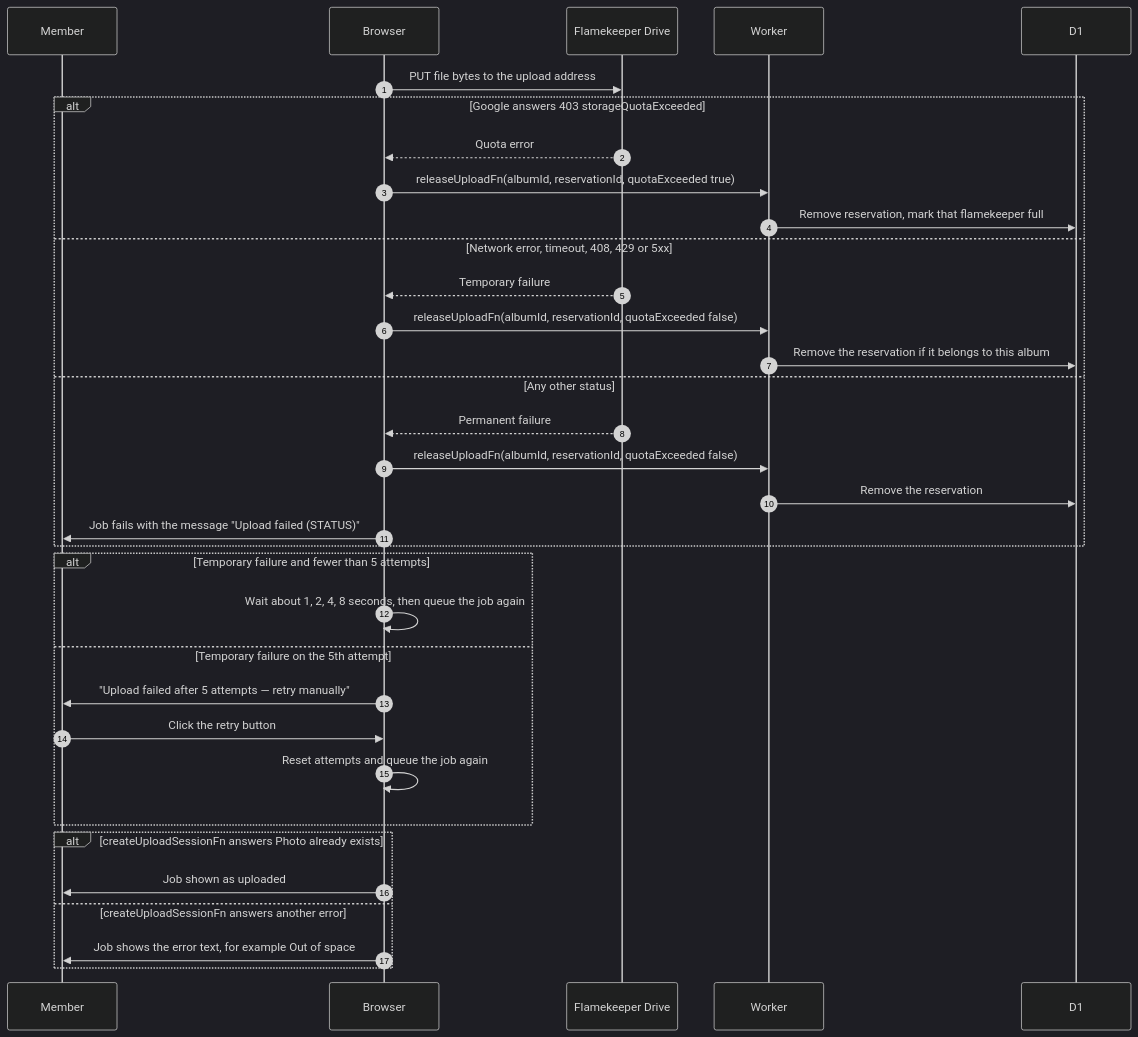
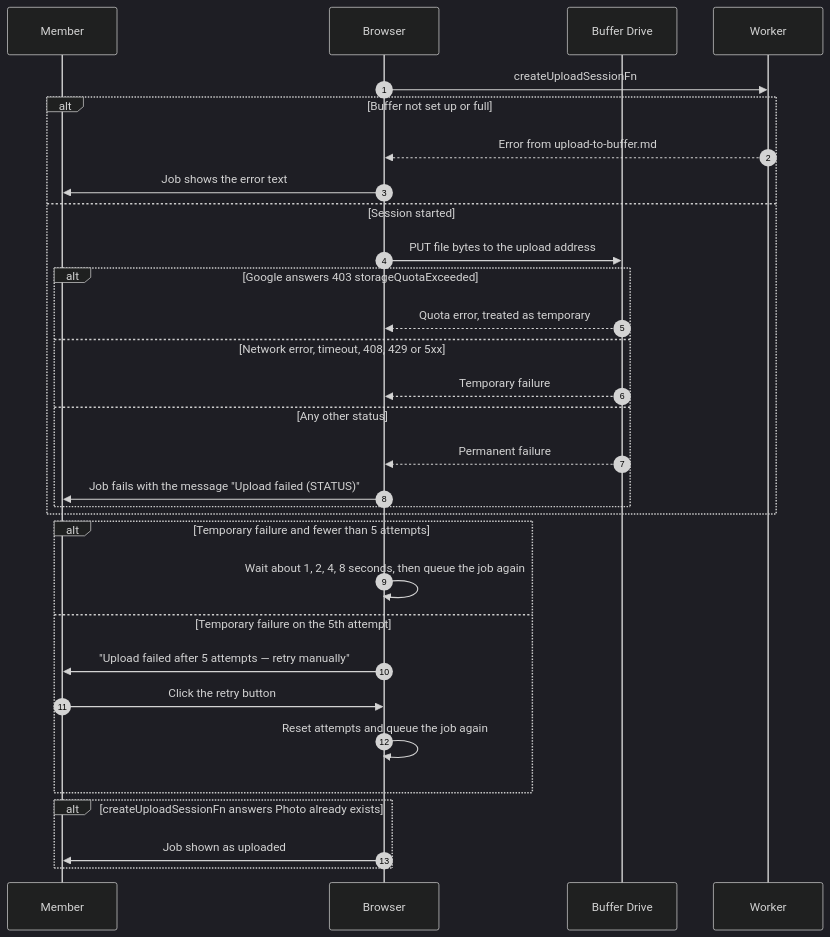
Before and after one commit to sagyzdop/meriksirat: the diagram in docs/scenarios/albums/upload-failures.md, drawn with Mermaid (dark theme). The commit also changed other lines of this file and 32 other files, not shown here.

````diff
--- a/docs/scenarios/albums/upload-failures.md
+++ b/docs/scenarios/albums/upload-failures.md
@@ -15,36 +16,33 @@
 ```mermaid
 sequenceDiagram
     autonumber
     participant M as Member
     participant B as Browser
-    participant F as Flamekeeper Drive
+    participant U as Buffer Drive
     participant W as Worker
-    participant D as D1
-    B->>F: PUT file bytes to the upload address
-    alt Google answers 403 storageQuotaExceeded
-        F-->>B: Quota error
-        B->>W: releaseUploadFn(albumId, reservationId, quotaExceeded true)
-        W->>D: Remove reservation, mark that flamekeeper full
-    else Network error, timeout, 408, 429 or 5xx
-        F-->>B: Temporary failure
-        B->>W: releaseUploadFn(albumId, reservationId, quotaExceeded false)
-        W->>D: Remove the reservation if it belongs to this album
-    else Any other status
-        F-->>B: Permanent failure
-        B->>W: releaseUploadFn(albumId, reservationId, quotaExceeded false)
-        W->>D: Remove the reservation
-        B->>M: Job fails with the message "Upload failed (STATUS)"
+    B->>W: createUploadSessionFn
+    alt Buffer not set up or full
+        W-->>B: Error from upload-to-buffer.md
+        B->>M: Job shows the error text
+    else Session started
+        B->>U: PUT file bytes to the upload address
+        alt Google answers 403 storageQuotaExceeded
+            U-->>B: Quota error, treated as temporary
+        else Network error, timeout, 408, 429 or 5xx
+            U-->>B: Temporary failure
+        else Any other status
+            U-->>B: Permanent failure
+            B->>M: Job fails with the message "Upload failed (STATUS)"
+        end
     end
     alt Temporary failure and fewer than 5 attempts
         B->>B: Wait about 1, 2, 4, 8 seconds, then queue the job again
     else Temporary failure on the 5th attempt
         B->>M: "Upload failed after 5 attempts — retry manually"
         M->>B: Click the retry button
         B->>B: Reset attempts and queue the job again
     end
     alt createUploadSessionFn answers Photo already exists
         B->>M: Job shown as uploaded
-    else createUploadSessionFn answers another error
-        B->>M: Job shows the error text, for example Out of space
     end
 ```
````
